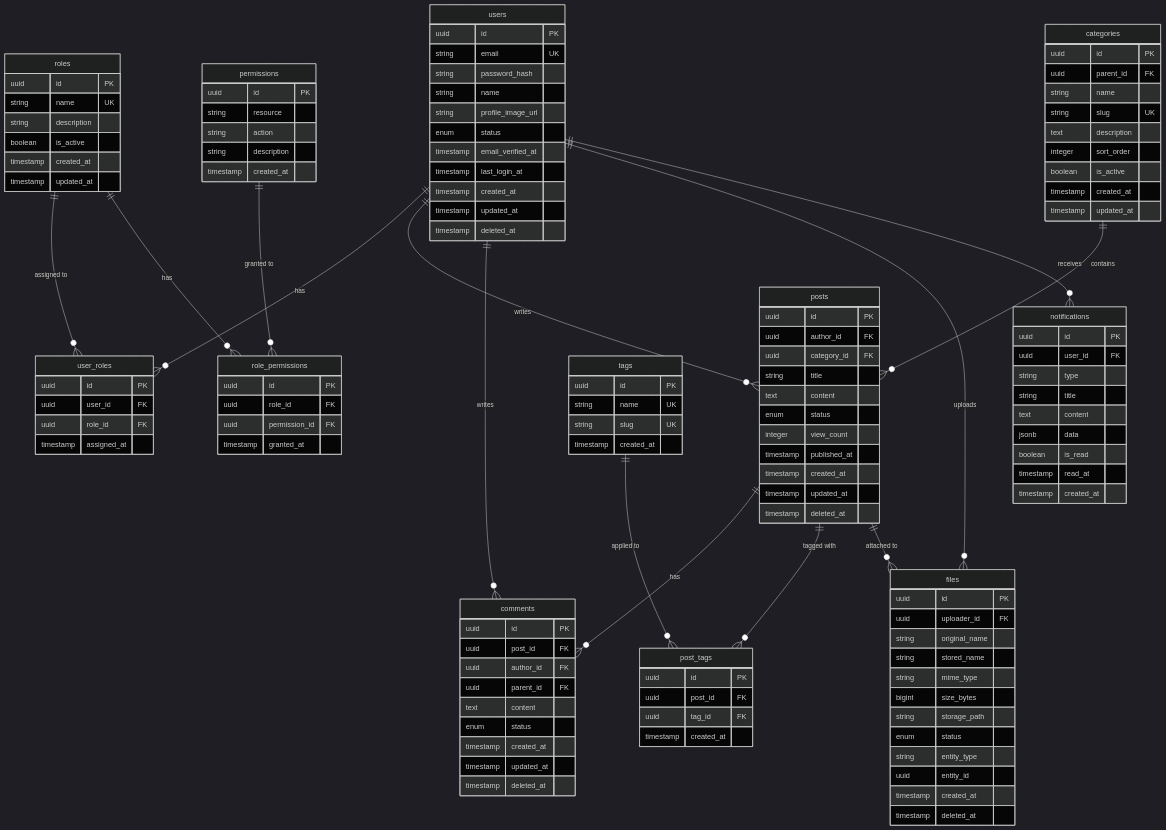
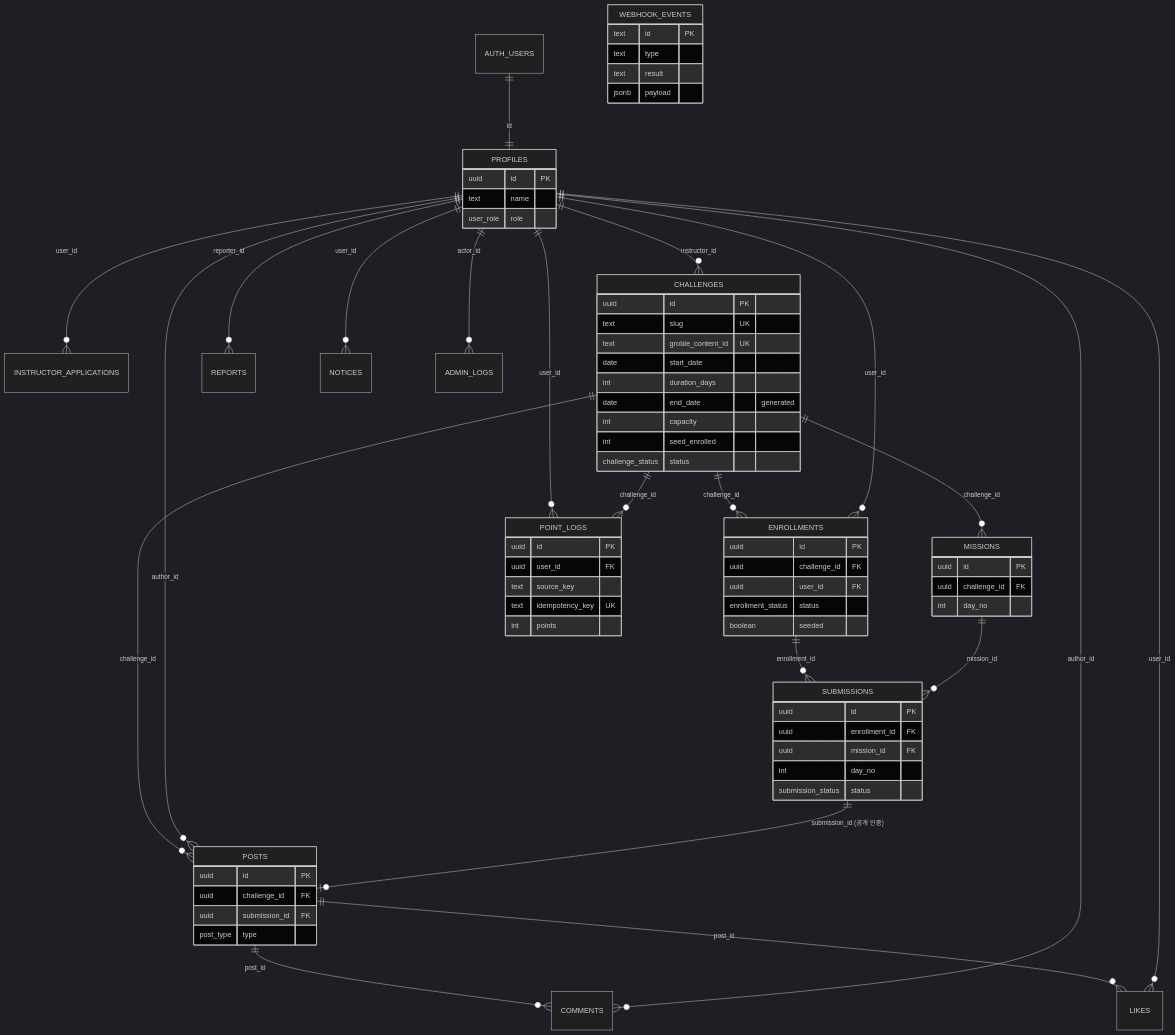
The diagram in waterfall/02-시스템설계/데이터베이스설계서.md (lucyjeremy/learning-challenge-platform), drawn with Mermaid (dark theme) before and after one commit. The commit also changed other lines of this file and 26 other files, not shown here.

````diff
--- a/waterfall/02-시스템설계/데이터베이스설계서.md
+++ b/waterfall/02-시스템설계/데이터베이스설계서.md
@@ -58,140 +34,78 @@
 ```mermaid
 erDiagram
-    users ||--o{ user_roles : "has"
-    roles ||--o{ user_roles : "assigned to"
-    roles ||--o{ role_permissions : "has"
-    permissions ||--o{ role_permissions : "granted to"
-    users ||--o{ posts : "writes"
-    users ||--o{ comments : "writes"
-    posts ||--o{ comments : "has"
-    posts ||--o{ post_tags : "tagged with"
-    tags ||--o{ post_tags : "applied to"
-    users ||--o{ files : "uploads"
-    posts ||--o{ files : "attached to"
-    categories ||--o{ posts : "contains"
-    users ||--o{ notifications : "receives"
+    AUTH_USERS ||--|| PROFILES : "id"
+    PROFILES ||--o{ INSTRUCTOR_APPLICATIONS : "user_id"
+    PROFILES ||--o{ CHALLENGES : "instructor_id"
+    CHALLENGES ||--o{ MISSIONS : "challenge_id"
+    CHALLENGES ||--o{ ENROLLMENTS : "challenge_id"
+    PROFILES ||--o{ ENROLLMENTS : "user_id"
+    ENROLLMENTS ||--o{ SUBMISSIONS : "enrollment_id"
+    MISSIONS ||--o{ SUBMISSIONS : "mission_id"
+    CHALLENGES ||--o{ POSTS : "challenge_id"
+    PROFILES ||--o{ POSTS : "author_id"
+    SUBMISSIONS ||--o| POSTS : "submission_id (공개 인증)"
+    POSTS ||--o{ COMMENTS : "post_id"
+    POSTS ||--o{ LIKES : "post_id"
+    PROFILES ||--o{ LIKES : "user_id"
+    PROFILES ||--o{ COMMENTS : "author_id"
+    PROFILES ||--o{ REPORTS : "reporter_id"
+    PROFILES ||--o{ POINT_LOGS : "user_id"
+    CHALLENGES ||--o{ POINT_LOGS : "challenge_id"
+    PROFILES ||--o{ NOTICES : "user_id"
+    PROFILES ||--o{ ADMIN_LOGS : "actor_id"
 
-    users {
+    PROFILES {
         uuid id PK
-        string email UK
-        string password_hash
-        string name
-        string profile_image_url
-        enum status
-        timestamp email_verified_at
-        timestamp last_login_at
-        timestamp created_at
-        timestamp updated_at
-        timestamp deleted_at
+        text name
+        user_role role
     }
-
-    roles {
+    CHALLENGES {
         uuid id PK
-        string name UK
-        string description
-        boolean is_active
-        timestamp created_at
-        timestamp updated_at
+        text slug UK
+        text groble_content_id UK
+        date start_date
+        int duration_days
+        date end_date "generated"
+        int capacity
+        int seed_enrolled
+        challenge_status status
     }
-
-    user_roles {
+    MISSIONS {
+        uuid id PK
+        uuid challenge_id FK
+        int day_no
+    }
+    ENROLLMENTS {
+        uuid id PK
+        uuid challenge_id FK
+        uuid user_id FK
+        enrollment_status status
+        boolean seeded
+    }
+    SUBMISSIONS {
+        uuid id PK
+        uuid enrollment_id FK
+        uuid mission_id FK
+        int day_no
+        submission_status status
+    }
+    POSTS {
+        uuid id PK
+        uuid challenge_id FK
+        uuid submission_id FK
+        post_type type
+    }
+    POINT_LOGS {
         uuid id PK
         uuid user_id FK
-        uuid role_id FK
-        timestamp assigned_at
+        text source_key
+        text idempotency_key UK
+        int points
     }
-
-    permissions {
-        uuid id PK
-        string resource
-        string action
-        string description
-        timestamp created_at
-    }
-
-    role_permissions {
-        uuid id PK
-        uuid role_id FK
-        uuid permission_id FK
-        timestamp granted_at
-    }
-
-    posts {
-        uuid id PK
-        uuid author_id FK
-        uuid category_id FK
-        string title
-        text content
-        enum status
-        integer view_count
-        timestamp published_at
-        timestamp created_at
-        timestamp updated_at
-        timestamp deleted_at
-    }
-
-    comments {
-        uuid id PK
-        uuid post_id FK
-        uuid author_id FK
-        uuid parent_id FK
-        text content
-        enum status
-        timestamp created_at
-        timestamp updated_at
-        timestamp deleted_at
-    }
-
-    categories {
-        uuid id PK
-        uuid parent_id FK
-        string name
-        string slug UK
-        text description
-        integer sort_order
-        boolean is_active
-        timestamp created_at
-        timestamp updated_at
-    }
-
-    tags {
-        uuid id PK
-        string name UK
-        string slug UK
-        timestamp created_at
-    }
-
-    post_tags {
-        uuid id PK
-        uuid post_id FK
-        uuid tag_id FK
-        timestamp created_at
-    }
-
-    files {
-        uuid id PK
-        uuid uploader_id FK
-        string original_name
-        string stored_name
-        string mime_type
-        bigint size_bytes
-        string storage_path
-        enum status
-        string entity_type
-        uuid entity_id
-        timestamp created_at
-        timestamp deleted_at
-    }
-
-    notifications {
-        uuid id PK
-        uuid user_id FK
-        string type
-        string title
-        text content
-        jsonb data
-        boolean is_read
-        timestamp read_at
-        timestamp created_at
+    WEBHOOK_EVENTS {
+        text id PK
+        text type
+        text result
+        jsonb payload
     }
 ```
````
